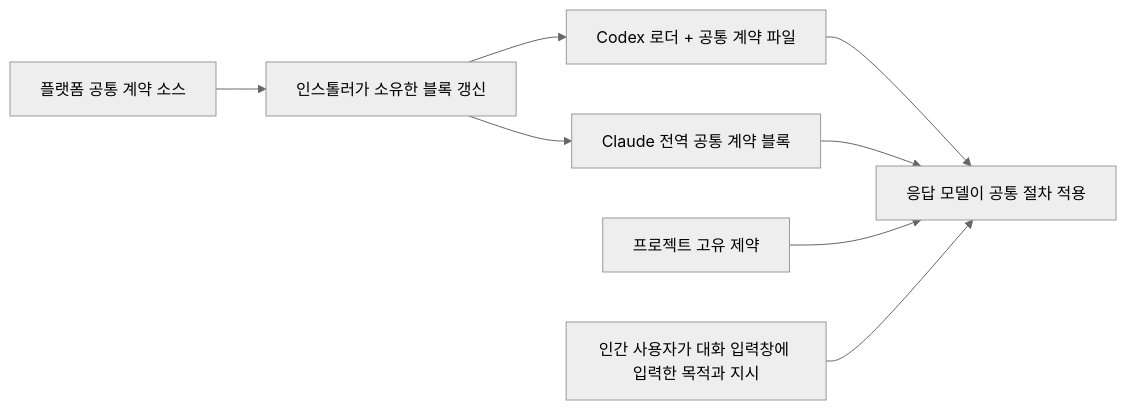
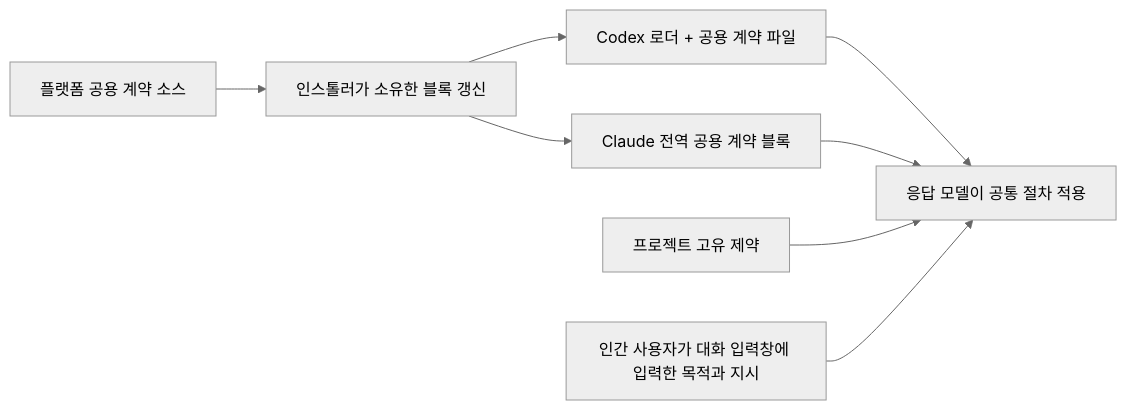
One commit to AidALL/ghost-alice changed the diagram in docs/ko/getting-started/installation.md. Above: the diagram before and after it, drawn with Mermaid (neutral theme). The commit also changed other lines of this file and 69 other files, not shown here.

````diff
--- a/docs/ko/getting-started/installation.md
+++ b/docs/ko/getting-started/installation.md
@@ -259,10 +259,10 @@
 ```mermaid
 flowchart LR
-    S["플랫폼 공통 계약 소스"] --> I["인스톨러가 소유한 블록 갱신"]
-    I --> C["Codex 로더 + 공통 계약 파일"]
-    I --> H["Claude 전역 공통 계약 블록"]
+    S["플랫폼 공용 계약 소스"] --> I["인스톨러가 소유한 블록 갱신"]
+    I --> C["Codex 로더 + 공용 계약 파일"]
+    I --> H["Claude 전역 공용 계약 블록"]
     C --> M["응답 모델이 공통 절차 적용"]
     H --> M
     P["프로젝트 고유 제약"] --> M
     U["인간 사용자가 대화 입력창에 입력한 목적과 지시"] --> M
 ```
````
